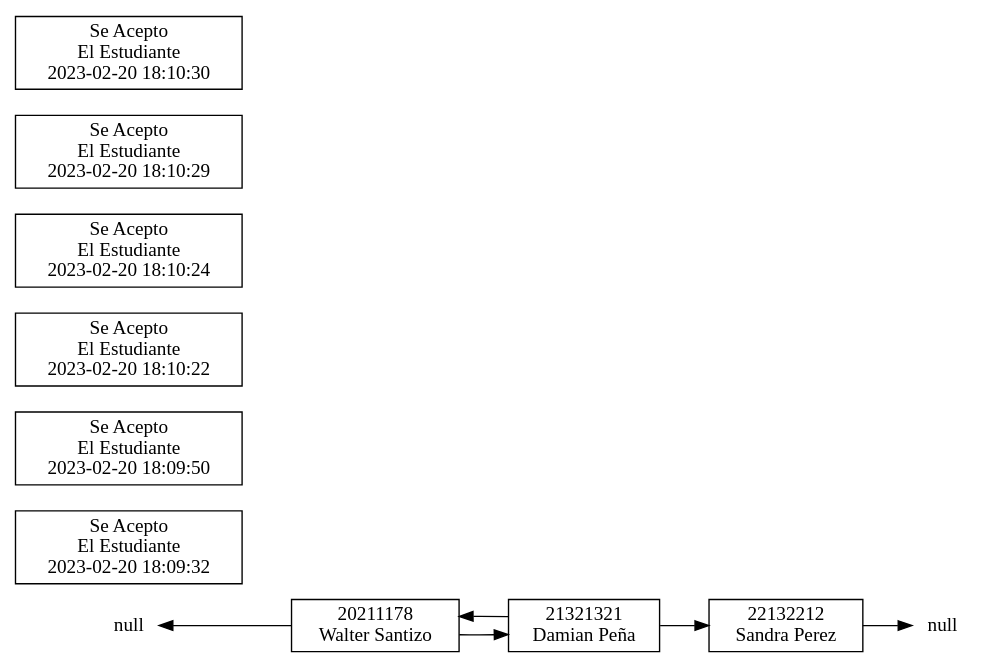
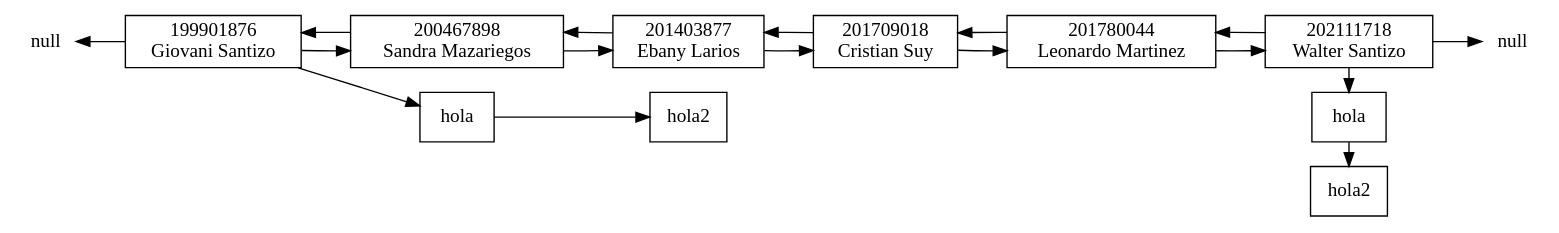
The diagram in EDD_Proyecto1_Fase1/ejemplo.dot (walterjav19/EDD_1S2023_PY_202111718), drawn with Graphviz before and after one commit. The commit also changed 10 other files, not shown here.

```diff
--- a/EDD_Proyecto1_Fase1/ejemplo.dot
+++ b/EDD_Proyecto1_Fase1/ejemplo.dot
@@ -1,26 +1,38 @@
 digraph LinkedList {
-rankdir=LR;
-node [shape=record];
-nullI [shape=none, label="null", style=bold, height=0, width=0];
-nullF [shape=none, label="null", style=bold, height=0, width=0];
+	rankdir=LR;
+	node [shape=box];
+	nullI [shape=none, label="null", style=bold, height=0, width=0];
+	nullF [shape=none, label="null", style=bold, height=0, width=0];
+	a199901876[label="199901876\nGiovani Santizo"]
+	a199901876->a200467898
+	nullI->a199901876[dir=back]
+	a200467898[label="200467898\nSandra Mazariegos"]
+	a200467898->a201403877
+	a200467898->a199901876
+	a201403877[label="201403877\nEbany Larios"]
+	a201403877->a201709018
+	a201403877->a200467898
+	a201709018[label="201709018\nCristian Suy"]
+	a201709018->a201780044
+	a201709018->a201403877
+	a201780044[label="201780044\nLeonardo Martinez"]
+	a201780044->a202111718
+	a201780044->a201709018
+	a202111718[label="202111718\nWalter Santizo"]
+	a202111718->a201780044
+	a202111718->nullF
 
-a[label="20211178\nWalter Santizo"]
-a->b
-b[label="21321321\nDamian Peña"]
-b->a
-b->c
-c[label="22132212\nSandra Perez"]
-c->nullF
-
-nullI->a [dir=back]
+	
+	n0[label="hola"]
+	n0->n1
+	n1[label="hola2"]
+	a199901876->n0
+	{rank=same;a199901876};
 
 
-n0 [label="Se Acepto\nEl Estudiante\n2023-02-20 18:09:32"];
-n1 [label="Se Acepto\nEl Estudiante\n2023-02-20 18:09:50"];
-n2 [label="Se Acepto\nEl Estudiante\n2023-02-20 18:10:22"];
-n3 [label="Se Acepto\nEl Estudiante\n2023-02-20 18:10:24"];
-n4 [label="Se Acepto\nEl Estudiante\n2023-02-20 18:10:29"];
-n5 [label="Se Acepto\nEl Estudiante\n2023-02-20 18:10:30"];
-
-
+	a202111718->n2
+	n2[label="hola"]
+	n2->n3
+	n3[label="hola2"]
+	{ rank=same;a202111718,n2,n3}
 }
```
